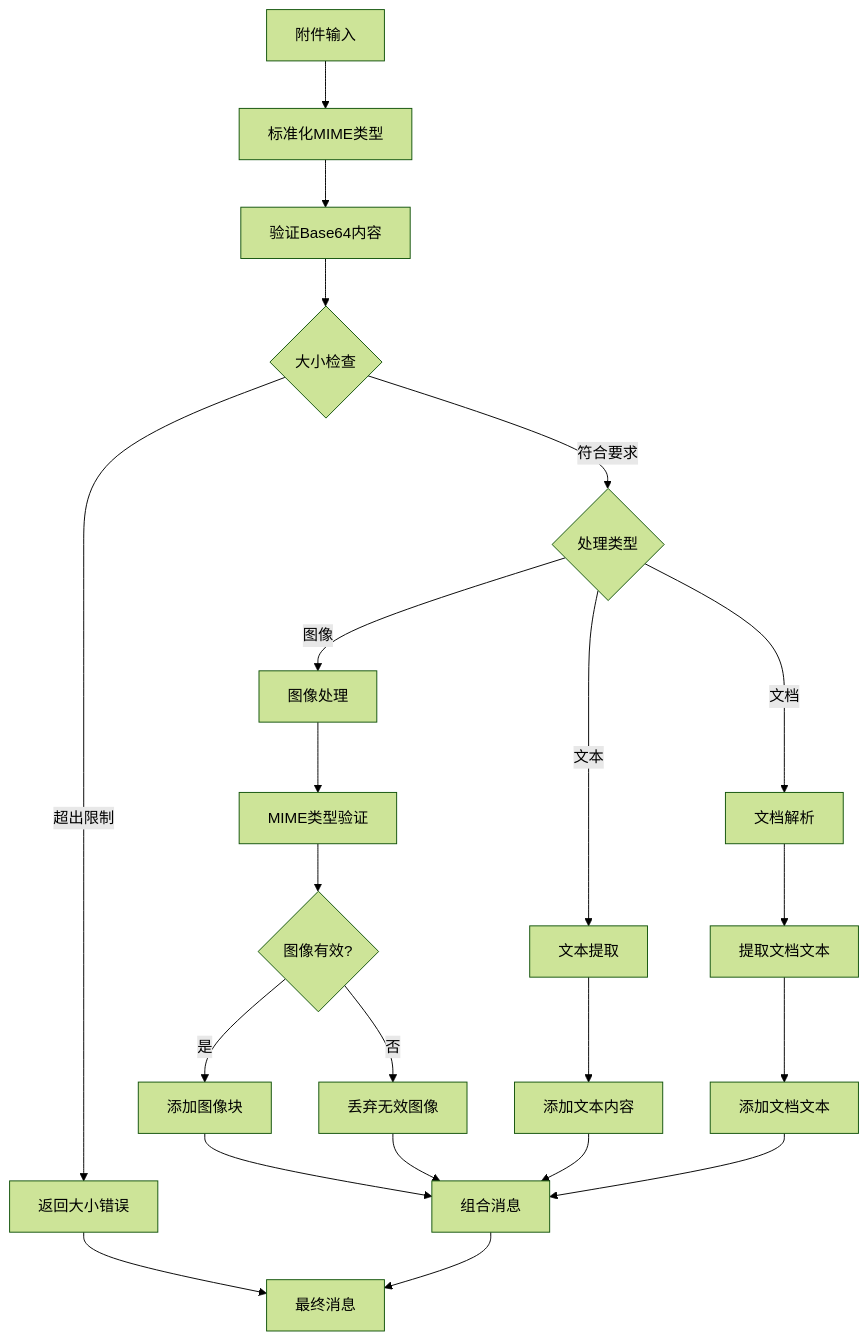
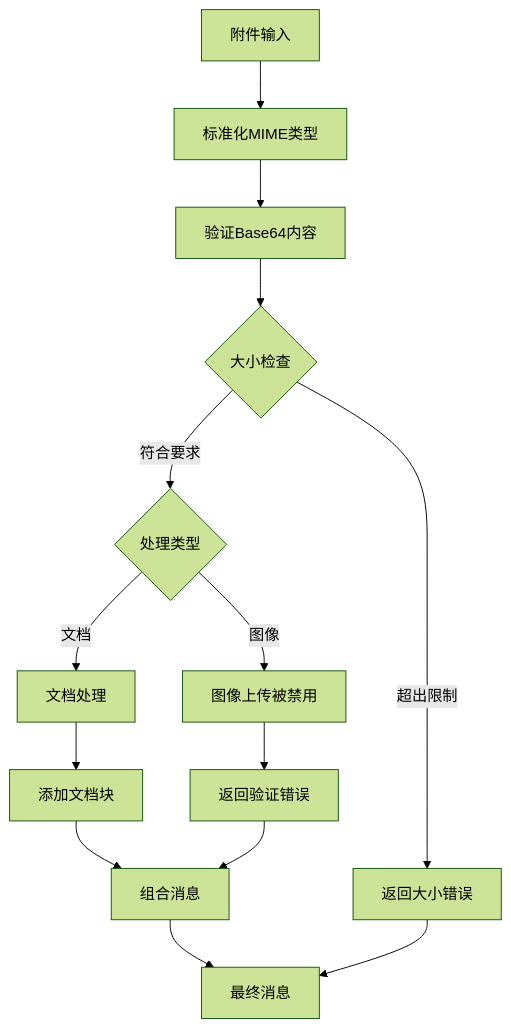
Diagram 32 of 39 in .qoder/repowiki/zh/content/Web界面/WebChat界面/聊天运行时提供者增强/聊天运行时提供者增强.md (verse-ai-org/openclaw), drawn with Mermaid (forest theme) before and after one commit. The commit also changed other lines of this file and 86 other files, not shown here.

````diff
--- a/.qoder/repowiki/zh/content/Web界面/WebChat界面/聊天运行时提供者增强/聊天运行时提供者增强.md
+++ b/.qoder/repowiki/zh/content/Web界面/WebChat界面/聊天运行时提供者增强/聊天运行时提供者增强.md
@@ -1720,24 +1870,16 @@
 ```mermaid
 flowchart TD
 Attachment[附件输入] --> Normalize["标准化MIME类型"]
 Normalize --> ValidateBase64["验证Base64内容"]
 ValidateBase64 --> CheckSize{"大小检查"}
 CheckSize --> |超出限制| SizeError["返回大小错误"]
 CheckSize --> |符合要求| ProcessType{"处理类型"}
-ProcessType --> |图像| ImageProcessing["图像处理"]
-ProcessType --> |文本| TextExtraction["文本提取"]
-ProcessType --> |文档| DocumentExtraction["文档解析"]
-ImageProcessing --> ImageValidation["MIME类型验证"]
-ImageValidation --> ImageValid{"图像有效?"}
-ImageValid --> |是| AddImage["添加图像块"]
-ImageValid --> |否| DropImage["丢弃无效图像"]
-TextExtraction --> AddText["添加文本内容"]
-DocumentExtraction --> ExtractText["提取文档文本"]
-ExtractText --> AddDocText["添加文档文本"]
-AddImage --> Combine["组合消息"]
-AddText --> Combine
-AddDocText --> Combine
-DropImage --> Combine
+ProcessType --> |图像| ImageDisabled["图像上传被禁用"]
+ProcessType --> |文档| DocumentProcessing["文档处理"]
+ImageDisabled --> ValidationError["返回验证错误"]
+DocumentProcessing --> AddDocument["添加文档块"]
+AddDocument --> Combine["组合消息"]
+ValidationError --> Combine
 Combine --> FinalMessage[最终消息]
 SizeError --> FinalMessage
 ```
````
